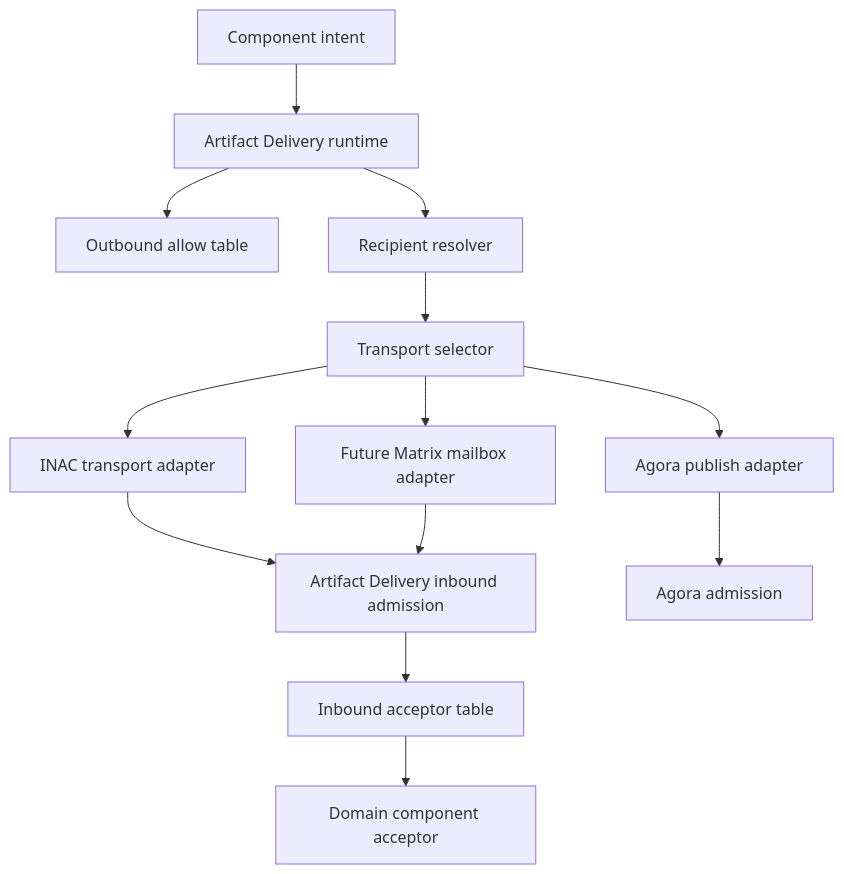
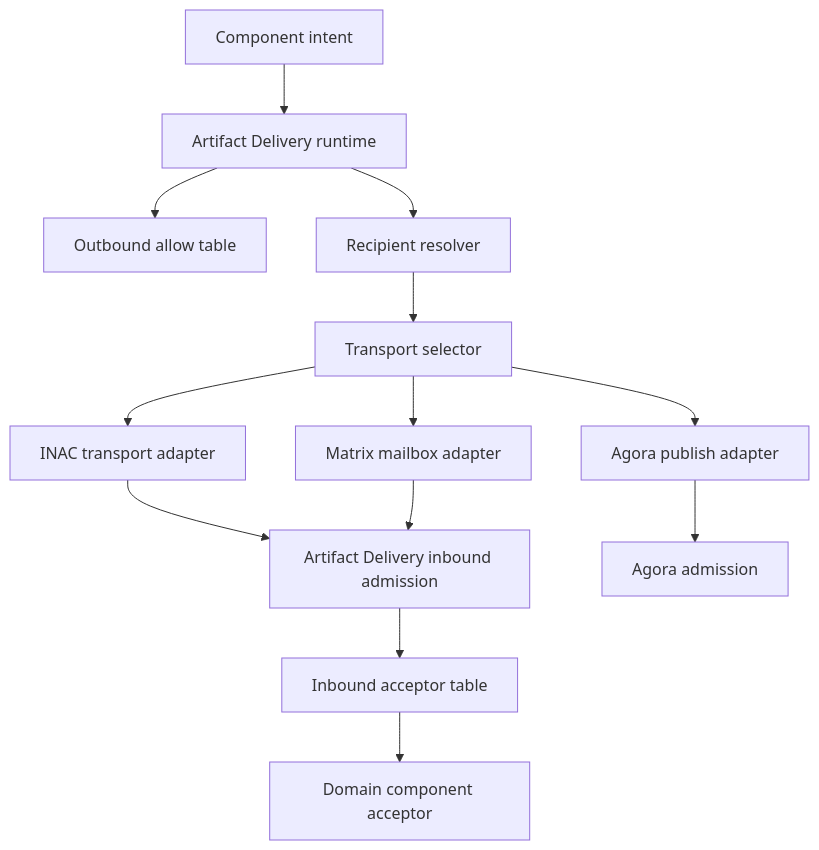
One commit to diapod/orbidocs changed the diagram in doc/project/60-solutions/023-artifact-delivery/023-artifact-delivery.md. Above: the diagram before and after it, drawn with Mermaid. The commit also changed other lines of this file and 10 other files, not shown here.

First line of the commit message:
Document AD Matrix mailbox and peer artifact cache

````diff
--- a/doc/project/60-solutions/023-artifact-delivery/023-artifact-delivery.md
+++ b/doc/project/60-solutions/023-artifact-delivery/023-artifact-delivery.md
@@ -279,15 +314,15 @@
 ```mermaid
 flowchart TD
   C["Component intent"] --> AD["Artifact Delivery runtime"]
   AD --> OA["Outbound allow table"]
   AD --> R["Recipient resolver"]
   R --> TS["Transport selector"]
   TS --> INAC["INAC transport adapter"]
   TS --> AGORA["Agora publish adapter"]
-  TS --> MATRIX["Future Matrix mailbox adapter"]
+  TS --> MATRIX["Matrix mailbox adapter"]
   INAC --> ADIN["Artifact Delivery inbound admission"]
   MATRIX --> ADIN
   AGORA --> AGORAA["Agora admission"]
   ADIN --> IA["Inbound acceptor table"]
   IA --> D["Domain component acceptor"]
 ```
````
